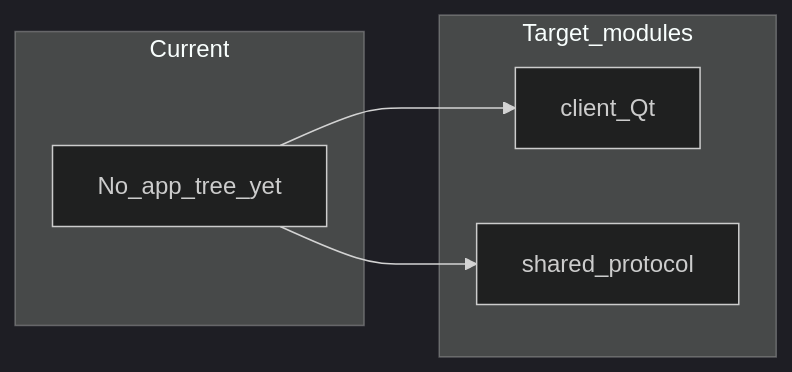
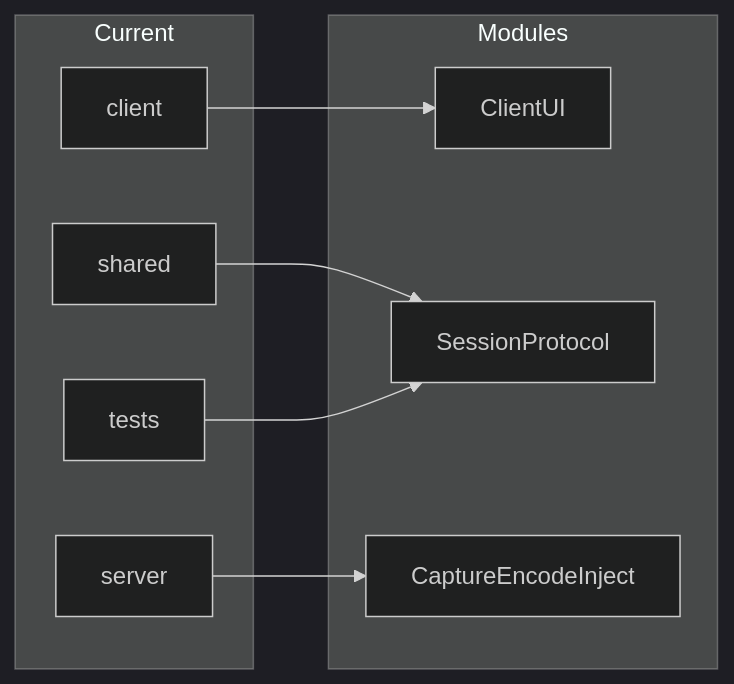
The diagram in .cursor/brain/CODEMAP.md (ArmaghanAsghar/TeamViewer), drawn with Mermaid (dark theme) before and after one commit. The commit also changed other lines of this file and 44 other files, not shown here.

````diff
--- a/.cursor/brain/CODEMAP.md
+++ b/.cursor/brain/CODEMAP.md
@@ -10,12 +5,18 @@
 ```mermaid
 flowchart LR
   subgraph current [Current]
-    None[No_app_tree_yet]
+    Client[client]
+    Shared[shared]
+    Server[server]
+    Tests[tests]
   end
-  subgraph target [Target_modules]
-    Client[client_Qt]
-    Shared[shared_protocol]
+  subgraph modules [Modules]
+    UI[ClientUI]
+    Proto[SessionProtocol]
+    Host[CaptureEncodeInject]
   end
-  None --> Client
-  None --> Shared
+  Client --> UI
+  Shared --> Proto
+  Server --> Host
+  Tests --> Proto
 ```
````
